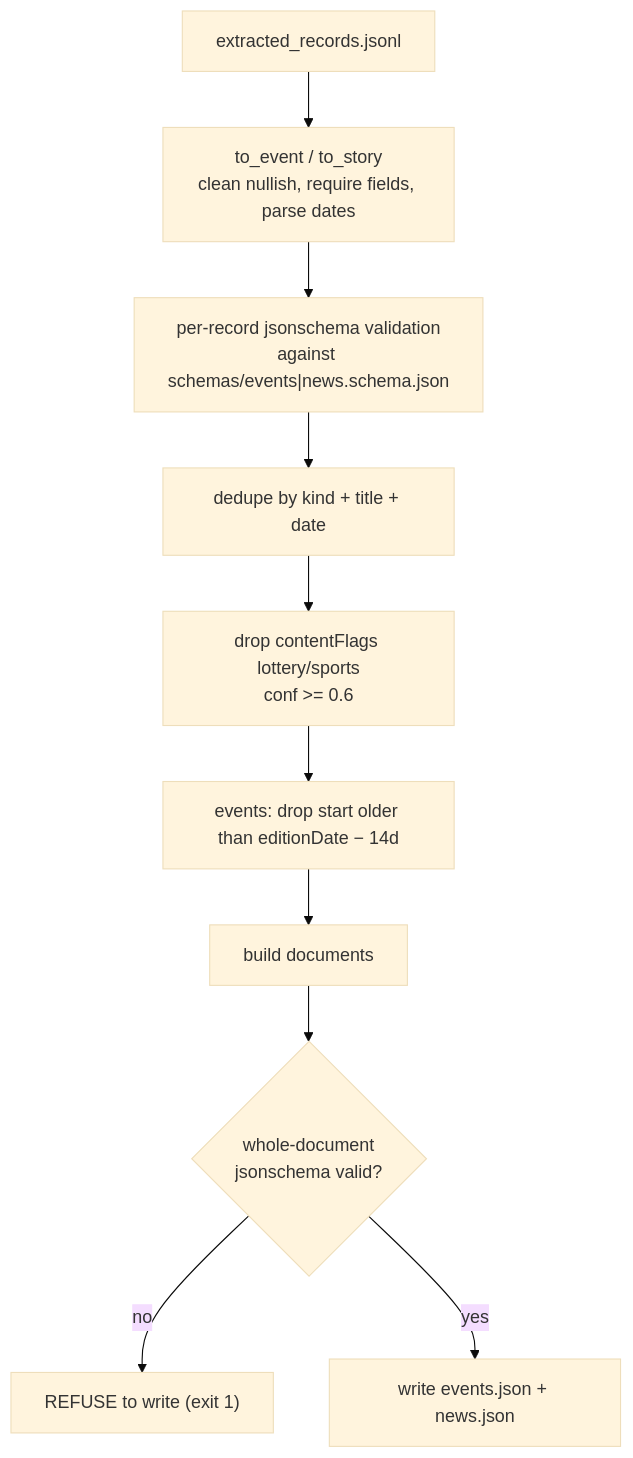
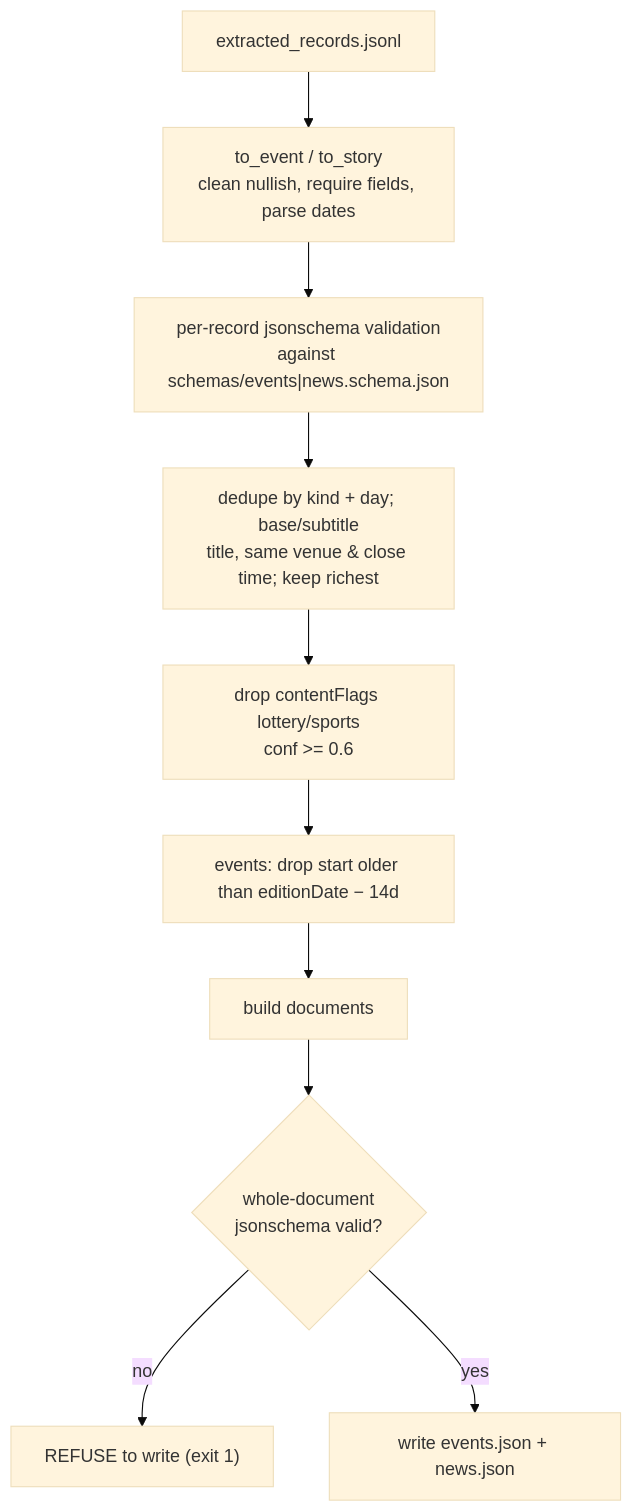
Before and after one commit to phurley/daily-brief: the fifth of 7 diagrams in data-collect/DATAFLOW.md, drawn with Mermaid (base theme). The commit also changed other lines of this file and 12 other files, not shown here.

````diff
--- a/data-collect/DATAFLOW.md
+++ b/data-collect/DATAFLOW.md
@@ -229,12 +230,12 @@
 ```mermaid
 flowchart TD
     R["extracted_records.jsonl"] --> NORM["to_event / to_story<br/>clean nullish, require fields, parse dates"]
     NORM --> SCHEMA["per-record jsonschema validation<br/>against schemas/events|news.schema.json"]
-    SCHEMA --> DEDUP["dedupe by kind + title + date"]
+    SCHEMA --> DEDUP["dedupe by kind + day; base/subtitle<br/>title, same venue & close time; keep richest"]
     DEDUP --> FLAGS["drop contentFlags lottery/sports<br/>conf >= 0.6"]
     FLAGS --> CUT["events: drop start older than editionDate − 14d"]
     CUT --> DOC["build documents"]
     DOC --> VALID{"whole-document<br/>jsonschema valid?"}
     VALID -->|no| REFUSE["REFUSE to write (exit 1)"]
     VALID -->|yes| WRITE["write events.json + news.json"]
 ```
````
